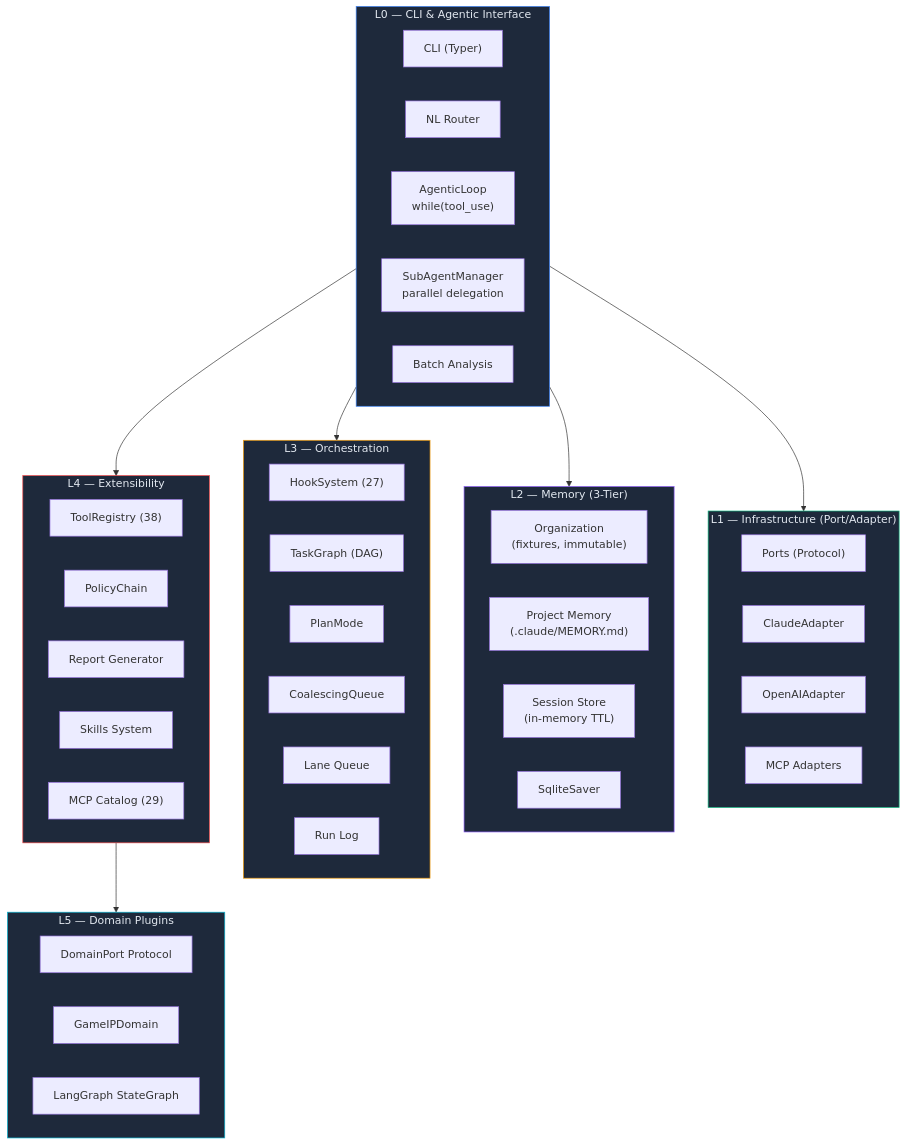
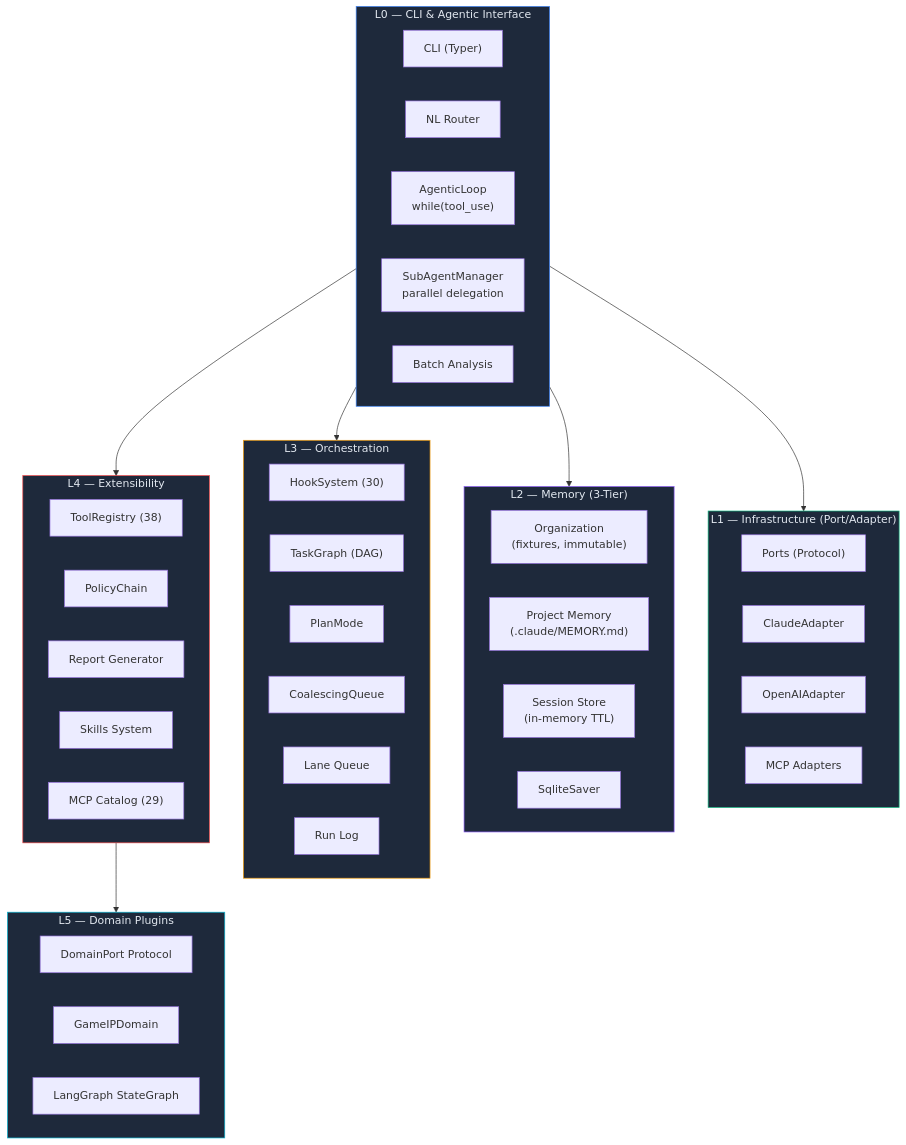
The first of 16 diagrams in README.md (mangowhoiscloud/geode), drawn with Mermaid before and after one commit. The commit also changed other lines of this file and 10 other files, not shown here.

````diff
--- a/README.md
+++ b/README.md
@@ -152,60 +152,60 @@
 ```mermaid
 graph TB
     subgraph L0["L0 — CLI & Agentic Interface"]
         CLI["CLI (Typer)"]
         NLR["NL Router"]
         AL["AgenticLoop<br/>while(tool_use)"]
         SubA["SubAgentManager<br/>parallel delegation"]
         Batch["Batch Analysis"]
     end
 
     subgraph L1["L1 — Infrastructure (Port/Adapter)"]
         direction LR
         Ports["Ports (Protocol)"]
         Claude["ClaudeAdapter"]
         OpenAI["OpenAIAdapter"]
         MCP["MCP Adapters"]
     end
 
     subgraph L2["L2 — Memory (3-Tier)"]
         Org["Organization<br/>(fixtures, immutable)"]
         Project["Project Memory<br/>(.claude/MEMORY.md)"]
         Session["Session Store<br/>(in-memory TTL)"]
         Checkpoint["SqliteSaver"]
     end
 
     subgraph L3["L3 — Orchestration"]
-        Hooks["HookSystem (27)"]
+        Hooks["HookSystem (30)"]
         Tasks["TaskGraph (DAG)"]
         Plan["PlanMode"]
         Coal["CoalescingQueue"]
         Lanes["Lane Queue"]
         RunLog["Run Log"]
     end
 
     subgraph L4["L4 — Extensibility"]
         Tools["ToolRegistry (38)"]
         Policy["PolicyChain"]
         Reports["Report Generator"]
         Skills["Skills System"]
         MCPCat["MCP Catalog (29)"]
     end
 
     subgraph L5["L5 — Domain Plugins"]
         Domain["DomainPort Protocol"]
         GameIP["GameIPDomain"]
         Pipeline["LangGraph StateGraph"]
     end
 
     L0 --> L1
     L0 --> L2
     L0 --> L3
     L0 --> L4
     L4 --> L5
     style L0 fill:#1e293b,stroke:#3b82f6,color:#e2e8f0
     style L1 fill:#1e293b,stroke:#10b981,color:#e2e8f0
     style L2 fill:#1e293b,stroke:#8b5cf6,color:#e2e8f0
     style L3 fill:#1e293b,stroke:#f59e0b,color:#e2e8f0
     style L4 fill:#1e293b,stroke:#ef4444,color:#e2e8f0
     style L5 fill:#1e293b,stroke:#06b6d4,color:#e2e8f0
 ```
````
